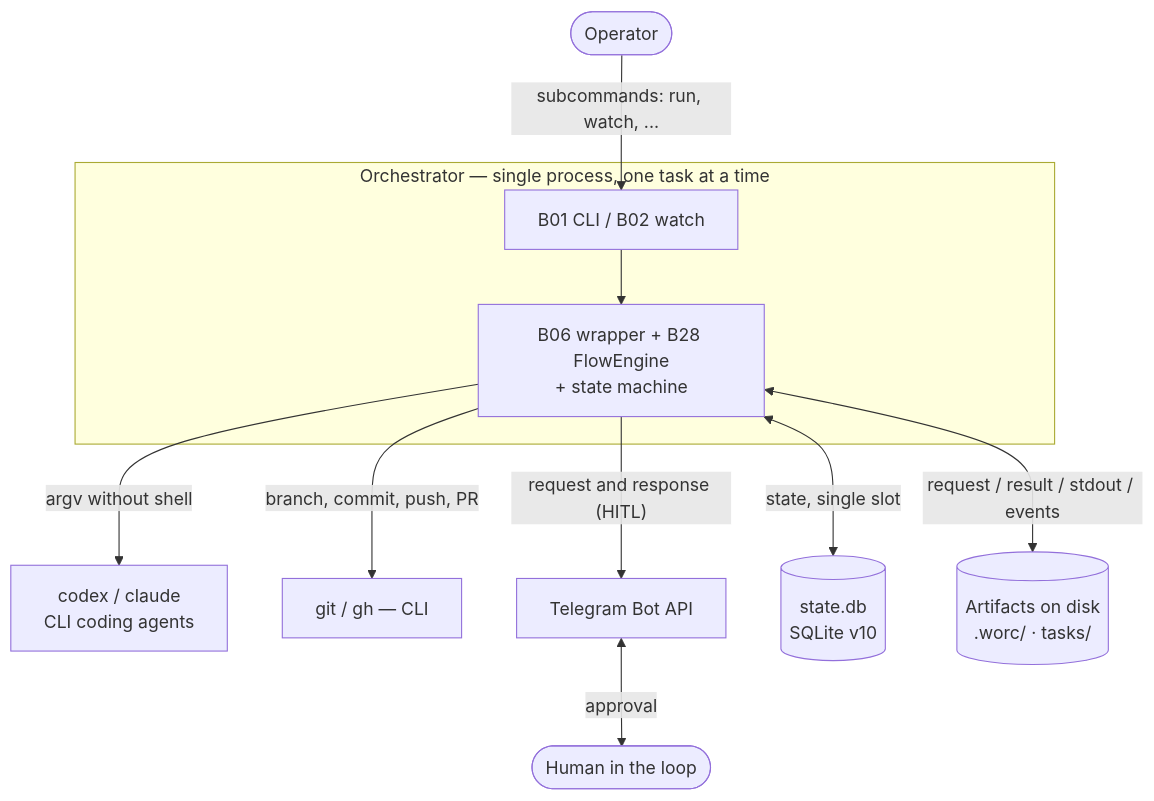
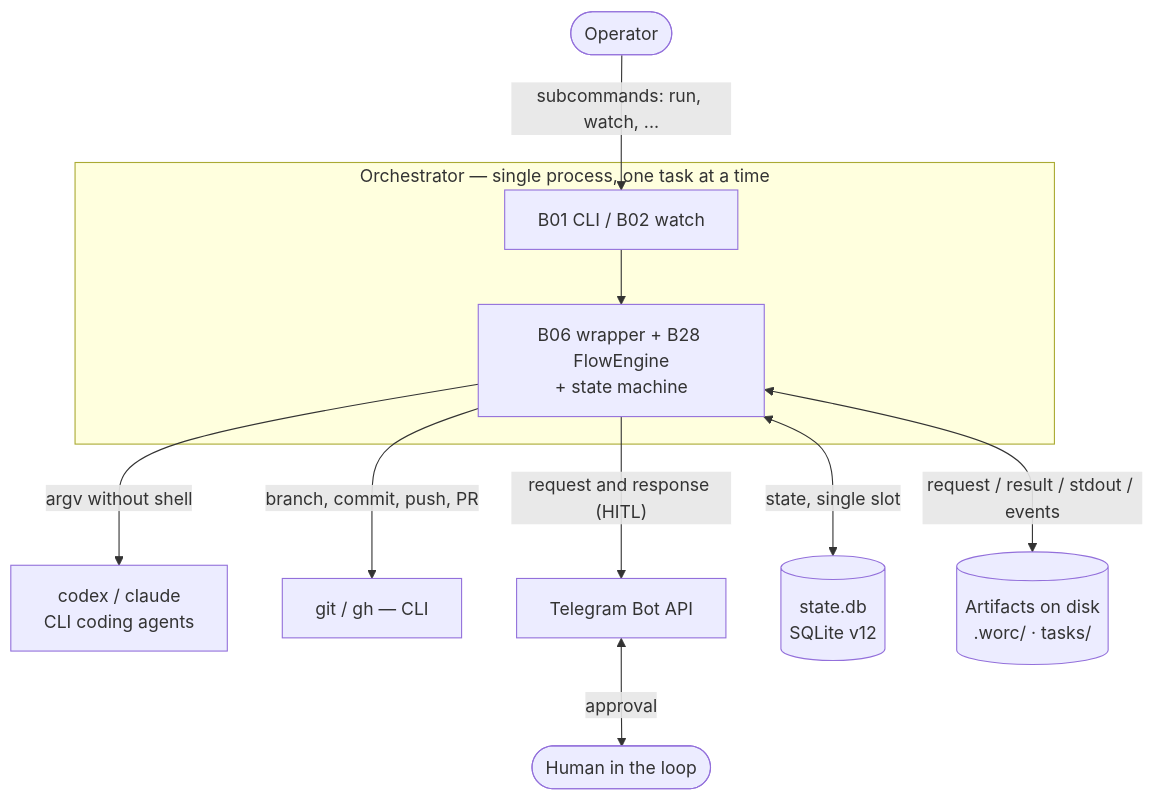
The first of 3 diagrams in docs/functional/index.md (VladimirMakarevich/wastech-orchestrator), drawn with Mermaid before and after one commit. The commit also changed other lines of this file and 92 other files, not shown here.

````diff
--- a/docs/functional/index.md
+++ b/docs/functional/index.md
@@ -36,25 +36,25 @@
 ```mermaid
 flowchart TB
     operator(["Operator"])
     human(["Human in the loop"])
 
     subgraph orc["Orchestrator — single process, one task at a time"]
         cli["B01 CLI / B02 watch"]
         pipeline["B06 wrapper + B28 FlowEngine<br/>+ state machine"]
         cli --> pipeline
     end
 
     agents["codex / claude<br/>CLI coding agents"]
     vcs["git / gh — CLI"]
     tg["Telegram Bot API"]
-    db[("state.db<br/>SQLite v10")]
+    db[("state.db<br/>SQLite v12")]
     fsart[("Artifacts on disk<br/>.worc/ · tasks/")]
 
     operator -->|"subcommands: run, watch, ..."| cli
     pipeline -->|"argv without shell"| agents
     pipeline -->|"branch, commit, push, PR"| vcs
     pipeline -->|"request and response (HITL)"| tg
     tg <-->|"approval"| human
     pipeline <-->|"state, single slot"| db
     pipeline <-->|"request / result / stdout / events"| fsart
 ```
````
